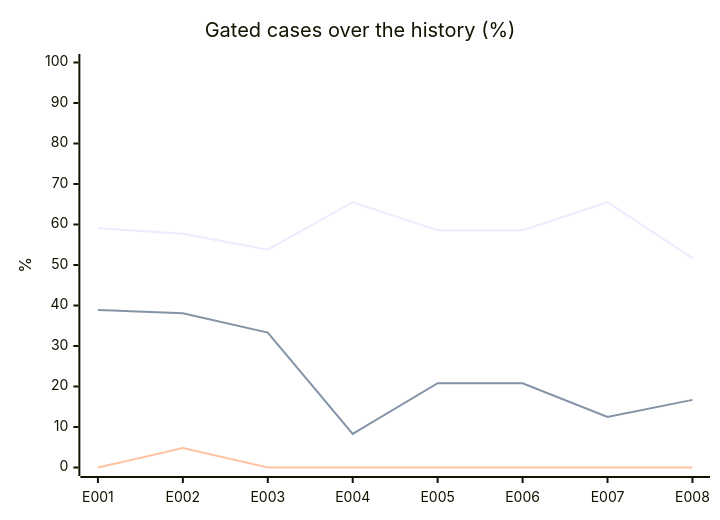
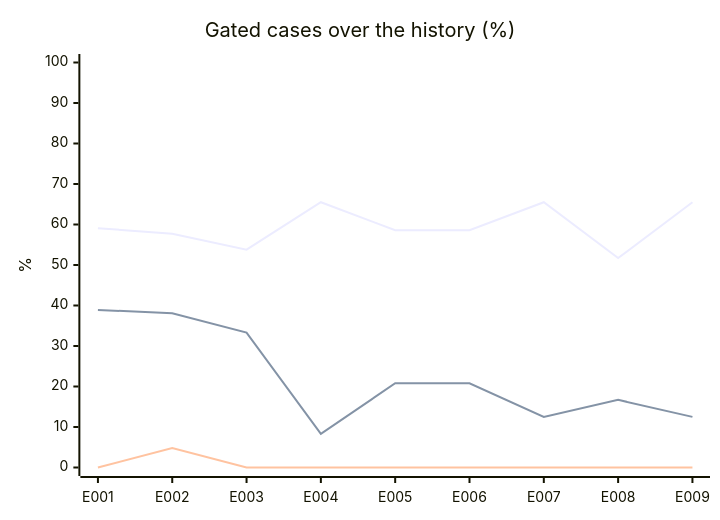
One commit to acarbonellb/anti-fraud-agent changed the diagram in evals/report.md. Above: the diagram before and after it, drawn with Mermaid. The commit also changed other lines of this file and 47 other files, not shown here.

````diff
--- a/evals/report.md
+++ b/evals/report.md
@@ -43,9 +44,9 @@
 ```mermaid
 xychart-beta
   title "Gated cases over the history (%)"
-  x-axis [E001, E002, E003, E004, E005, E006, E007, E008]
+  x-axis [E001, E002, E003, E004, E005, E006, E007, E008, E009]
   y-axis "%" 0 --> 100
-  line [59.1, 57.7, 53.8, 65.5, 58.6, 58.6, 65.5, 51.7]
-  line [38.9, 38.1, 33.3, 8.3, 20.8, 20.8, 12.5, 16.7]
-  line [0, 4.8, 0, 0, 0, 0, 0, 0]
+  line [59.1, 57.7, 53.8, 65.5, 58.6, 58.6, 65.5, 51.7, 65.5]
+  line [38.9, 38.1, 33.3, 8.3, 20.8, 20.8, 12.5, 16.7, 12.5]
+  line [0, 4.8, 0, 0, 0, 0, 0, 0, 0]
 ```
````
